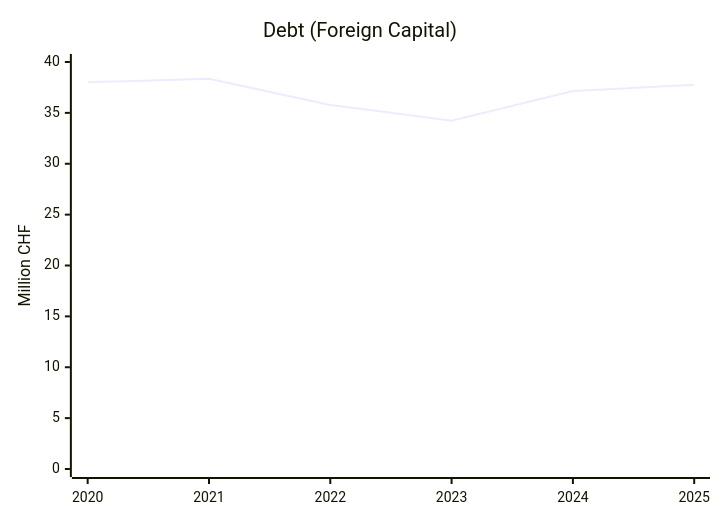
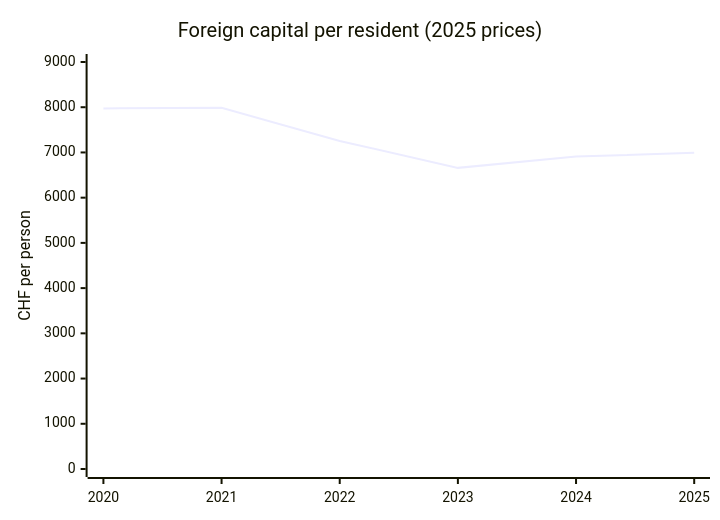
One commit to risajef/risajef.github.io changed the fourth of 14 diagrams in docs/politik/finanzen-beringen.en.md. Above: the diagram before and after it, drawn with Mermaid. The commit also changed other lines of this file and 1 other file, not shown here.

````diff
--- a/docs/politik/finanzen-beringen.en.md
+++ b/docs/politik/finanzen-beringen.en.md
@@ -65,7 +90,7 @@
 ```mermaid
 xychart
-title "Debt (Foreign Capital)"
+title "Foreign capital per resident (2025 prices)"
 x-axis [2020, 2021, 2022, 2023, 2024, 2025]
-y-axis "Million CHF" 0 --> 40
-line [38.010, 38.342, 35.781, 34.232, 37.158, 37.756]
+y-axis "CHF per person" 0 --> 9000
+line [7974, 7986, 7255, 6659, 6909, 6993]
 ```
````
